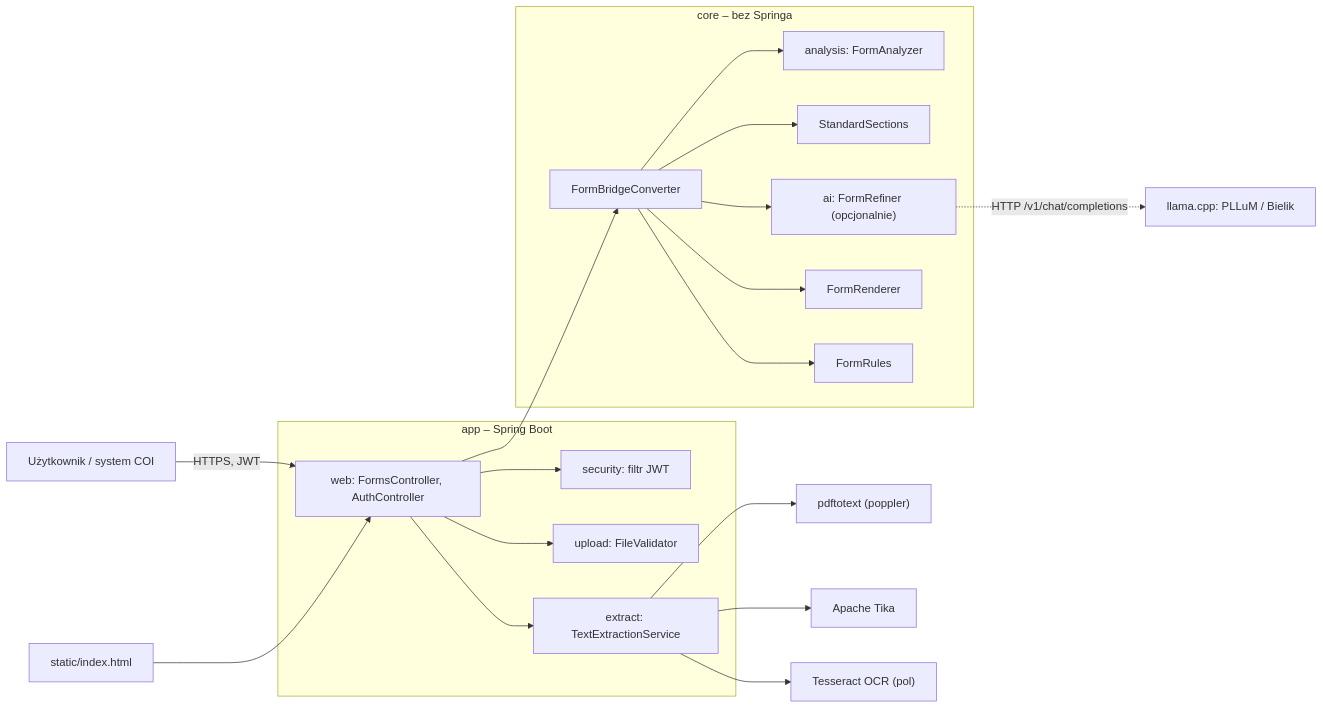
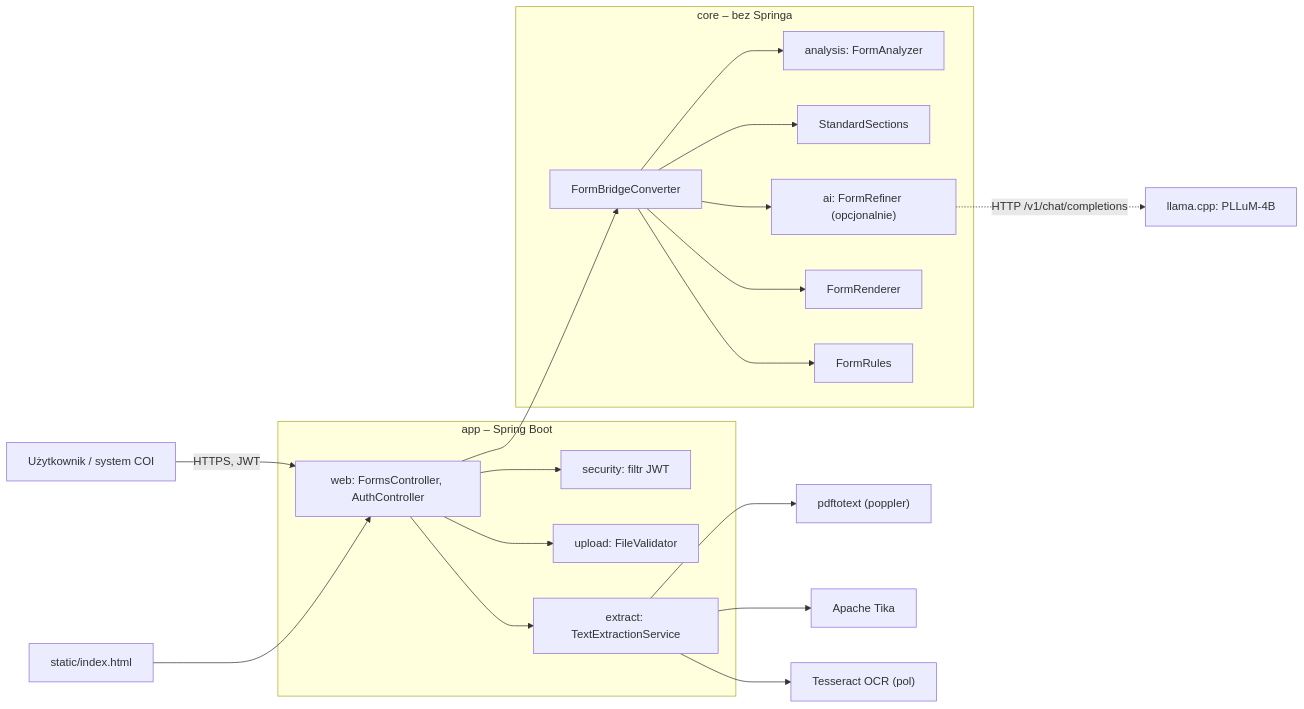
The first of 6 diagrams in docs/ARCHITECTURE.md (mandreik01/Formbrige), drawn with Mermaid before and after one commit. The commit also changed other lines of this file and 5 other files, not shown here.

````diff
--- a/docs/ARCHITECTURE.md
+++ b/docs/ARCHITECTURE.md
@@ -51,35 +51,35 @@
 ```mermaid
 flowchart LR
     U["Użytkownik / system COI"] -->|"HTTPS, JWT"| WEB
     UI["static/index.html"] --> WEB
 
     subgraph APP["app – Spring Boot"]
         WEB["web: FormsController, AuthController"]
         SEC["security: filtr JWT"]
         VAL["upload: FileValidator"]
         EXT["extract: TextExtractionService"]
         WEB --> SEC
         WEB --> VAL
         WEB --> EXT
     end
 
     subgraph CORE["core – bez Springa"]
         CONV["FormBridgeConverter"]
         AN["analysis: FormAnalyzer"]
         STD["StandardSections"]
         AI["ai: FormRefiner (opcjonalnie)"]
         REN["FormRenderer"]
         RUL["FormRules"]
         CONV --> AN
         CONV --> STD
         CONV --> AI
         CONV --> REN
         CONV --> RUL
     end
 
     WEB --> CONV
     EXT --> PT["pdftotext (poppler)"]
     EXT --> TK["Apache Tika"]
     EXT --> OCR["Tesseract OCR (pol)"]
-    AI -.->|"HTTP /v1/chat/completions"| LLM["llama.cpp: PLLuM / Bielik"]
+    AI -.->|"HTTP /v1/chat/completions"| LLM["llama.cpp: PLLuM-4B"]
 ```
````
